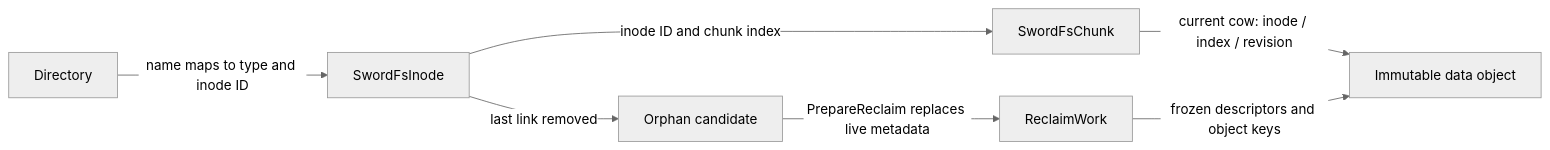
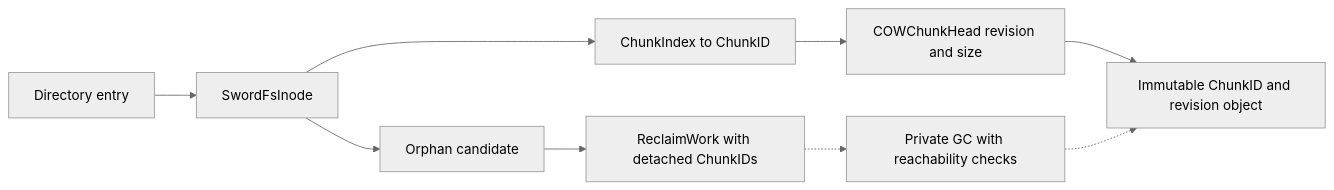
Before and after one commit to SwordInfra/SwordFS: the first of 2 diagrams in docs/design/data-structures.md, drawn with Mermaid (neutral theme). The commit also changed other lines of this file and 56 other files, not shown here.

First line of the commit message:
refactor: finalize typed ChunkID references and retire legacy COW descriptors (#320)

````diff
--- a/docs/design/data-structures.md
+++ b/docs/design/data-structures.md
@@ -9,9 +9,11 @@
 ```mermaid
 flowchart LR
-    D[Directory] -->|name maps to type and inode ID| I[SwordFsInode]
-    I -->|inode ID and chunk index| S[SwordFsChunk]
-    S -->|current cow: inode / index / revision| O[Immutable data object]
-    I -->|last link removed| A[Orphan candidate]
-    A -->|PrepareReclaim replaces live metadata| R[ReclaimWork]
-    R -->|frozen descriptors and object keys| O
+    D[Directory entry] --> I[SwordFsInode]
+    I --> M[ChunkIndex to ChunkID]
+    M --> C[COWChunkHead revision and size]
+    C --> O[Immutable ChunkID and revision object]
+    I --> A[Orphan candidate]
+    A --> R[ReclaimWork with detached ChunkIDs]
+    R -.-> G[Private GC with reachability checks]
+    G -.-> O
 ```
````
